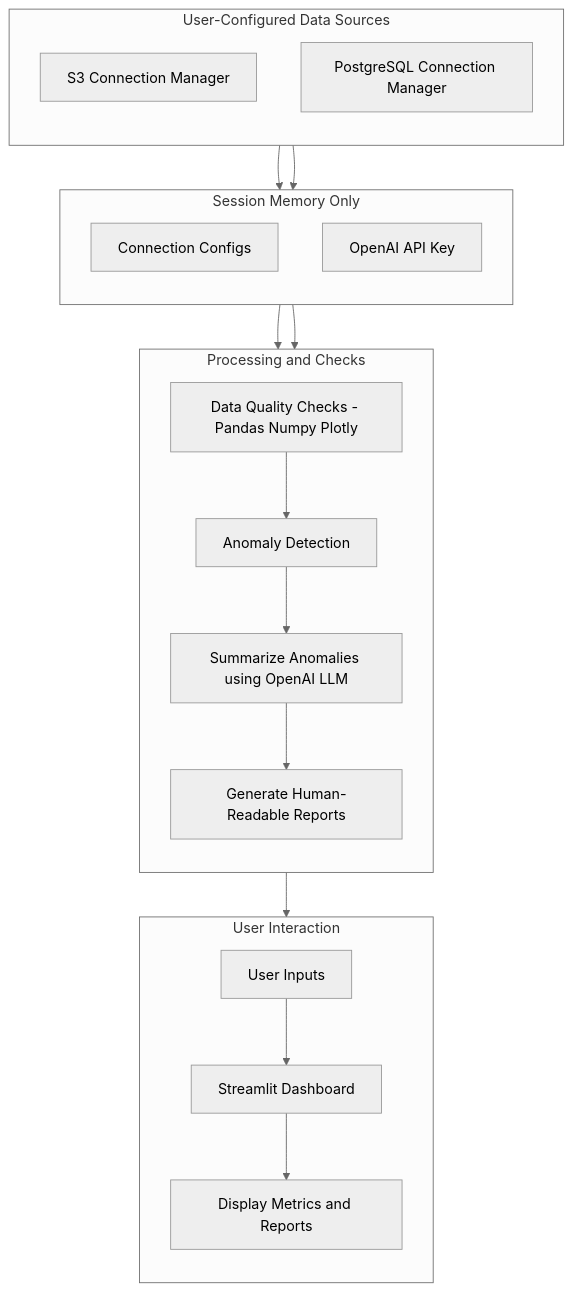
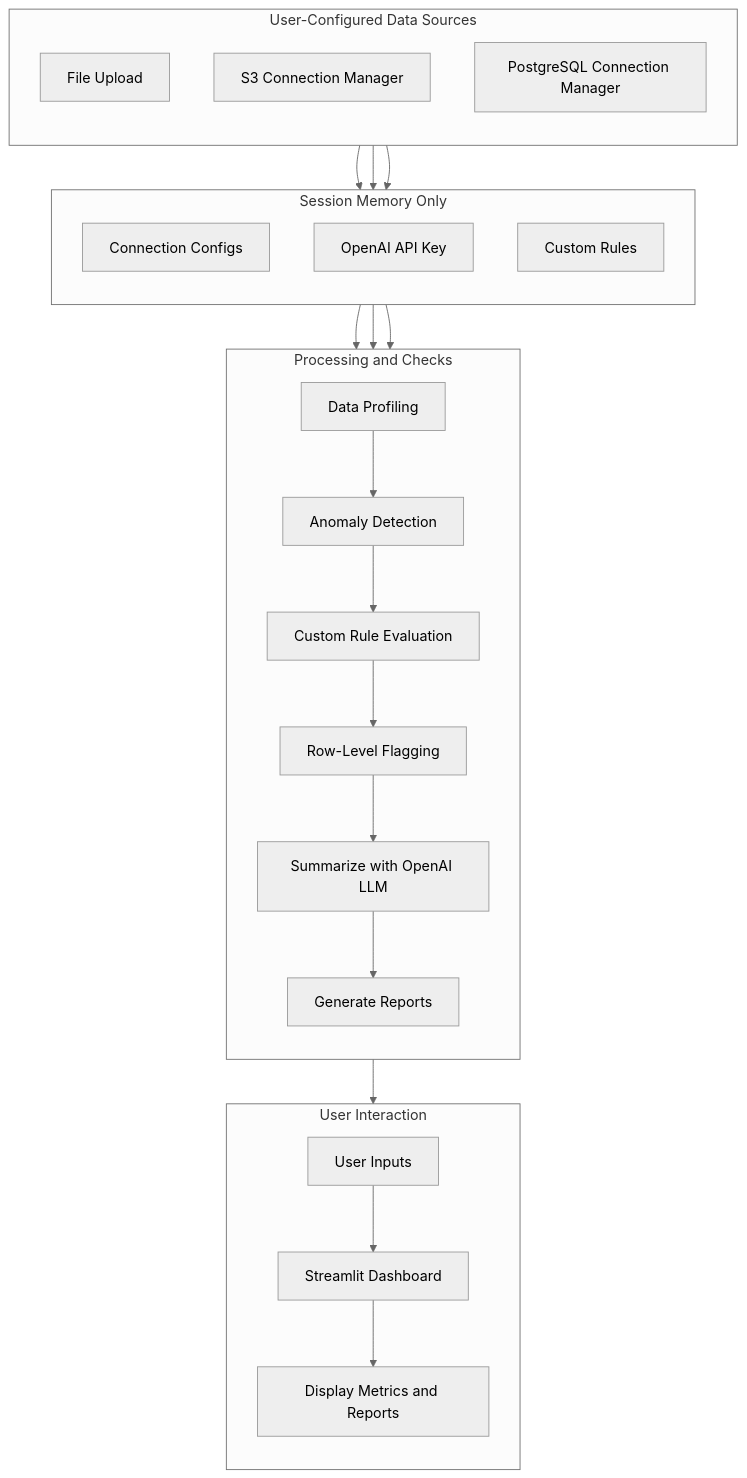
Before and after one commit to jwteeba/llm-data-quality-monitor: the diagram in README.md, drawn with Mermaid (neutral theme). The commit also changed other lines of this file and 9 other files, not shown here.

Commit message:
added advanced data quality features

````diff
--- a/README.md
+++ b/README.md
@@ -17,38 +18,44 @@
 ```mermaid
 graph TD
     %% User Interaction
     subgraph A[User Interaction]
         direction TB
         A1[User Inputs] --> A2[Streamlit Dashboard]
         A2 --> A3[Display Metrics and Reports]
     end
 
     %% Data Sources
     subgraph B[User-Configured Data Sources]
         direction TB
-        B1[S3 Connection Manager]
-        B2[PostgreSQL Connection Manager]
+        B1[File Upload]
+        B2[S3 Connection Manager]
+        B3[PostgreSQL Connection Manager]
     end
 
     %% Session State
     subgraph D[Session Memory Only]
         direction TB
         D1[Connection Configs]
         D2[OpenAI API Key]
+        D3[Custom Rules]
     end
 
     %% Data Processing and Checks
     subgraph C[Processing and Checks]
         direction TB
-        C1[Data Quality Checks - Pandas Numpy Plotly] --> C2[Anomaly Detection]
-        C2 --> C3[Summarize Anomalies using OpenAI LLM]
-        C3 --> C4[Generate Human-Readable Reports]
+        C1[Data Profiling] --> C2[Anomaly Detection]
+        C2 --> C3[Custom Rule Evaluation]
+        C3 --> C4[Row-Level Flagging]
+        C4 --> C5[Summarize with OpenAI LLM]
+        C5 --> C6[Generate Reports]
     end
 
     %% Connections
     B1 --> D1
     B2 --> D1
+    B3 --> D1
     D1 --> C1
-    D2 --> C3
-    C4 --> A3
+    D2 --> C5
+    D3 --> C3
+    C6 --> A3
 ```
````
